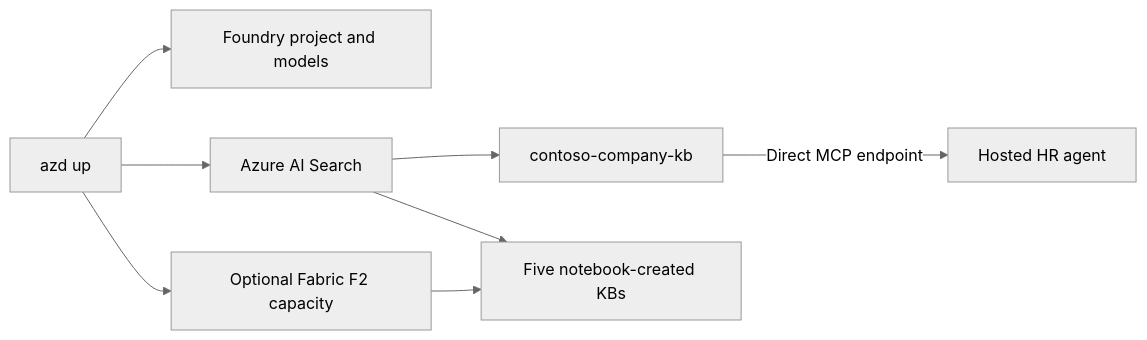
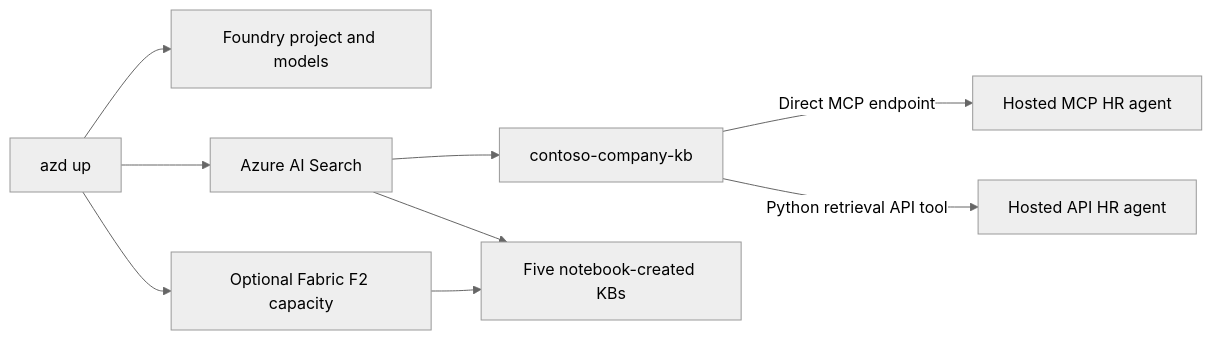
The diagram in README.md (microsoft/iqdeepdive), drawn with Mermaid (neutral theme) before and after one commit. The commit also changed other lines of this file and 11 other files, not shown here.

Commit message:
Add agent that uses the API

````diff
--- a/README.md
+++ b/README.md
@@ -11,10 +11,11 @@
 ```mermaid
 flowchart LR
   azd[azd up] --> foundry[Foundry project and models]
   azd --> search[Azure AI Search]
   azd --> fabric[Optional Fabric F2 capacity]
   search --> agentkb[contoso-company-kb]
-  agentkb -->|Direct MCP endpoint| agent[Hosted HR agent]
+  agentkb -->|Direct MCP endpoint| mcpagent[Hosted MCP HR agent]
+  agentkb -->|Python retrieval API tool| apiagent[Hosted API HR agent]
   search --> notebooks[Five notebook-created KBs]
   fabric --> notebooks
 ```
````
